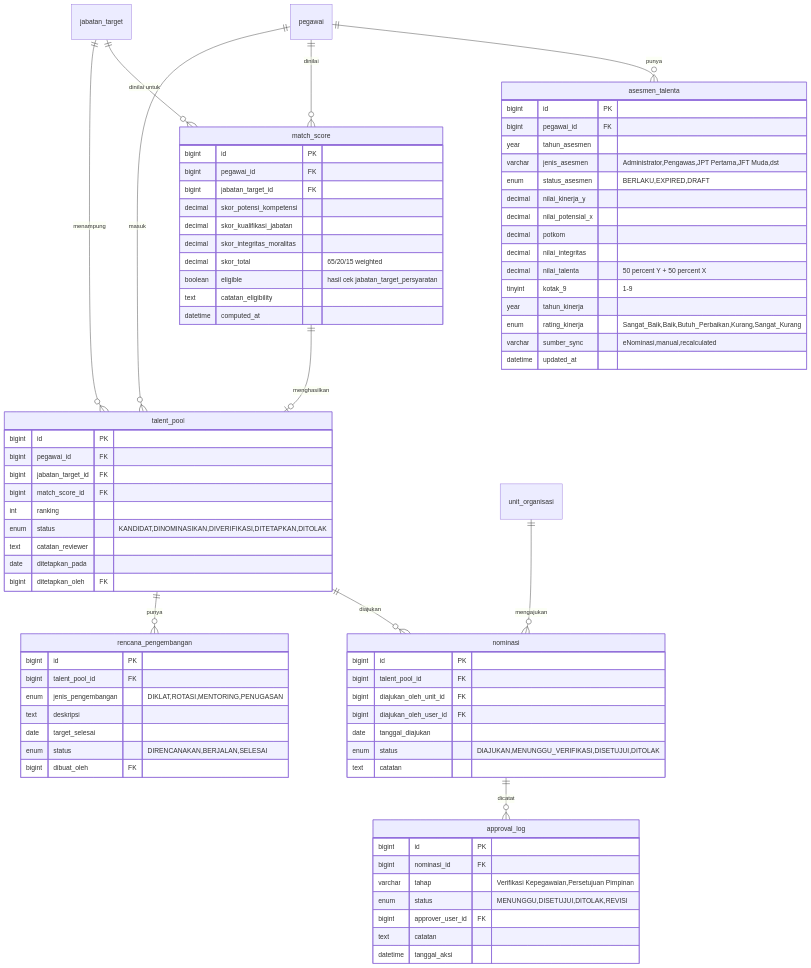
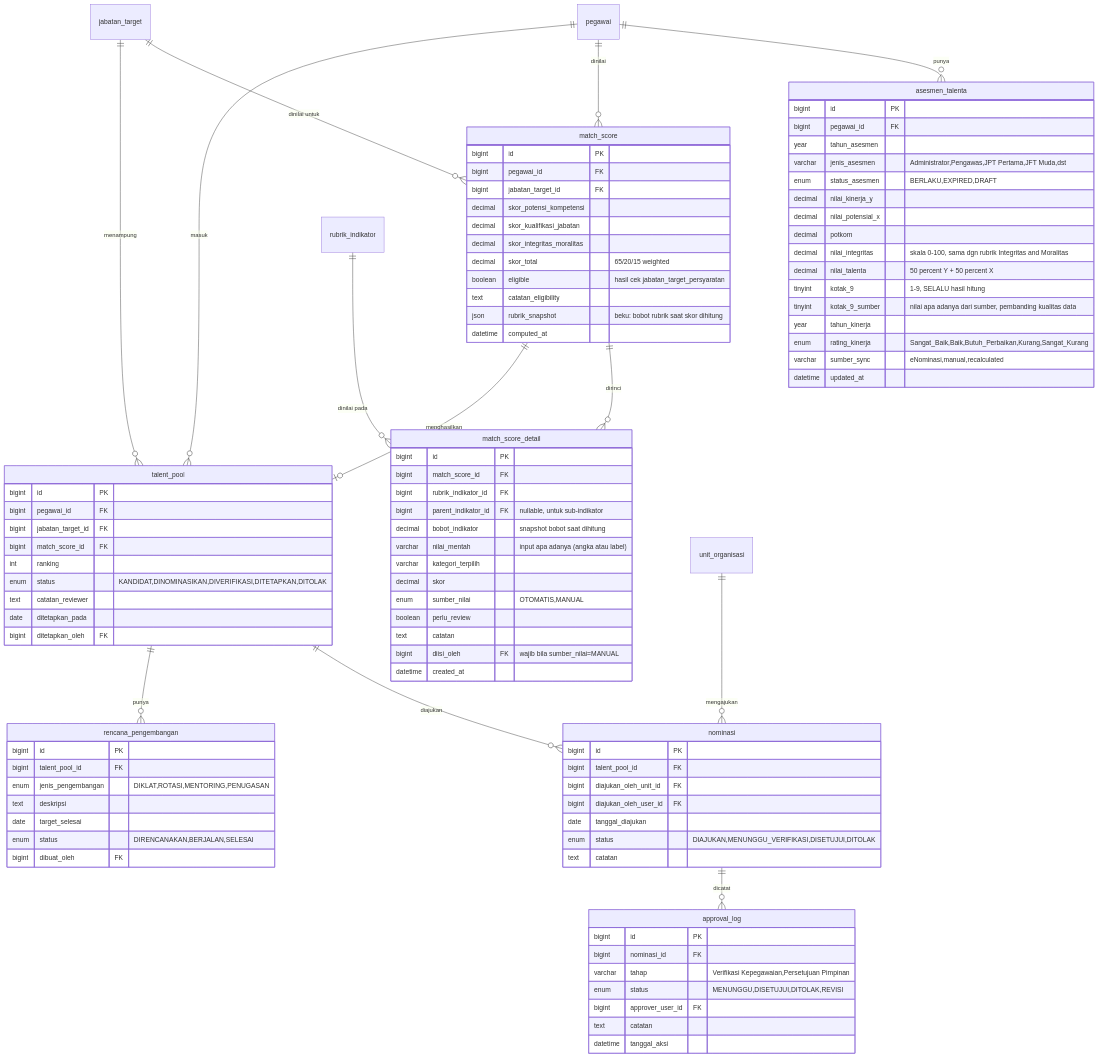
The third of 4 diagrams in doc/ERD.md (Praz-715/pupr-argo-dev), drawn with Mermaid before and after one commit. The commit also changed other lines of this file and 207 other files, not shown here.

```diff
--- a/doc/ERD.md
+++ b/doc/ERD.md
@@ -193,6 +204,8 @@
     pegawai ||--o{ asesmen_talenta : punya
     pegawai ||--o{ match_score : dinilai
     jabatan_target ||--o{ match_score : "dinilai untuk"
+    match_score ||--o{ match_score_detail : dirinci
+    rubrik_indikator ||--o{ match_score_detail : "dinilai pada"
     match_score ||--o| talent_pool : menghasilkan
     pegawai ||--o{ talent_pool : masuk
     jabatan_target ||--o{ talent_pool : menampung
@@ -210,9 +223,10 @@
         decimal nilai_kinerja_y
         decimal nilai_potensial_x
         decimal potkom
-        decimal nilai_integritas
+        decimal nilai_integritas "skala 0-100, sama dgn rubrik Integritas and Moralitas"
         decimal nilai_talenta "50 percent Y + 50 percent X"
-        tinyint kotak_9 "1-9"
+        tinyint kotak_9 "1-9, SELALU hasil hitung"
+        tinyint kotak_9_sumber "nilai apa adanya dari sumber, pembanding kualitas data"
         year tahun_kinerja
         enum rating_kinerja "Sangat_Baik,Baik,Butuh_Perbaikan,Kurang,Sangat_Kurang"
         varchar sumber_sync "eNominasi,manual,recalculated"
@@ -228,7 +242,23 @@
         decimal skor_total "65/20/15 weighted"
         boolean eligible "hasil cek jabatan_target_persyaratan"
         text catatan_eligibility
+        json rubrik_snapshot "beku: bobot rubrik saat skor dihitung"
         datetime computed_at
+    }
+    match_score_detail {
+        bigint id PK
+        bigint match_score_id FK
+        bigint rubrik_indikator_id FK
+        bigint parent_indikator_id FK "nullable, untuk sub-indikator"
+        decimal bobot_indikator "snapshot bobot saat dihitung"
+        varchar nilai_mentah "input apa adanya (angka atau label)"
+        varchar kategori_terpilih
+        decimal skor
+        enum sumber_nilai "OTOMATIS,MANUAL"
+        boolean perlu_review
+        text catatan
+        bigint diisi_oleh FK "wajib bila sumber_nilai=MANUAL"
+        datetime created_at
     }
     talent_pool {
         bigint id PK
```
